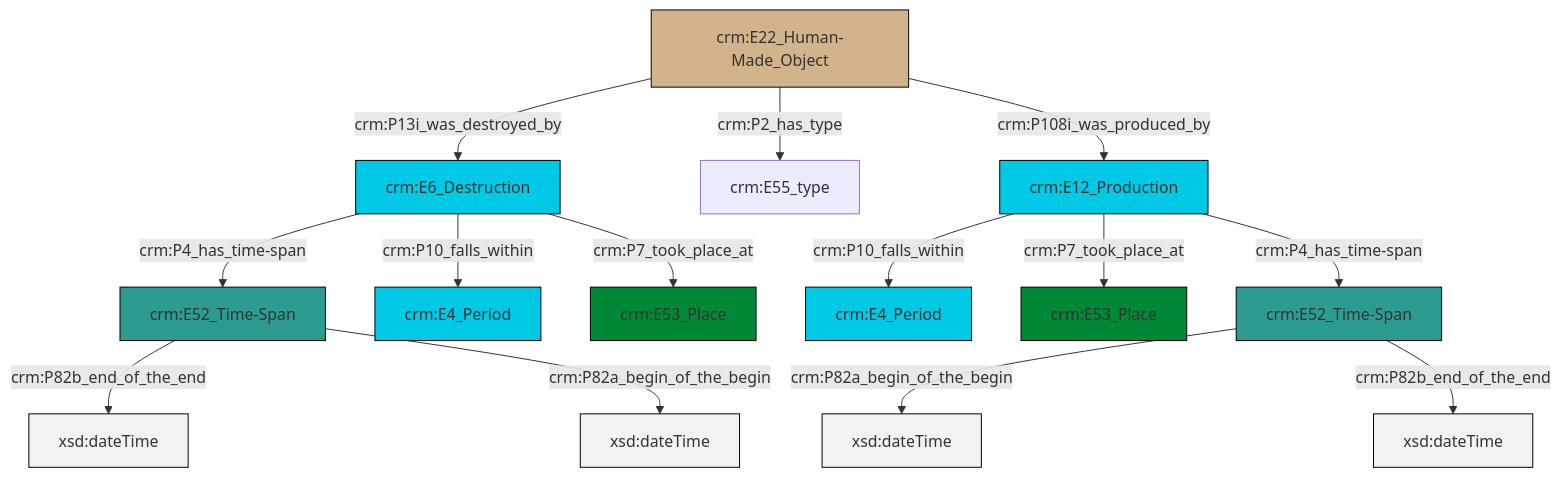
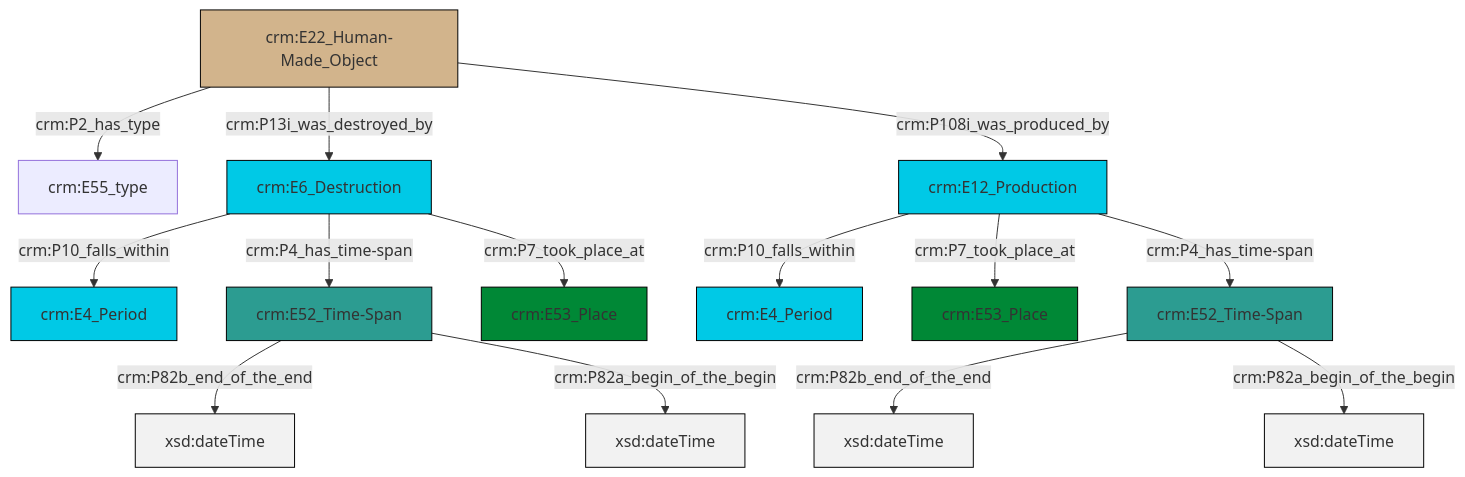
One commit to swiss-art-research-net/reference-data-models changed the diagram in et/artworkCSV/ttl/mmd/Artwork_Existence.ttl.mmd. Above: the diagram before and after it, drawn with Mermaid. The commit also changed 125 other files, not shown here.

```diff
--- a/et/artworkCSV/ttl/mmd/Artwork_Existence.ttl.mmd
+++ b/et/artworkCSV/ttl/mmd/Artwork_Existence.ttl.mmd
@@ -1,28 +1,28 @@
 graph TD
 classDef Literal fill:#f2f2f2,stroke:#000000;
 classDef CRM_Entity fill:#FFFFFF,stroke:#000000;
 classDef Temporal_Entity fill:#00C9E6, stroke:#000000;
 classDef Type fill:#E18312, stroke:#000000;
 classDef Time-Span fill:#2C9C91, stroke:#000000;
 classDef Appellation fill:#FFEB7F, stroke:#000000;
 classDef Place fill:#008836, stroke:#000000;
 classDef Persistent_Item fill:#B266B2, stroke:#000000;
 classDef Conceptual_Object fill:#FFD700, stroke:#000000;
 classDef Physical_Thing fill:#D2B48C, stroke:#000000;
 classDef Actor fill:#f58aad, stroke:#000000;
 classDef PC_Classes fill:#4ce600, stroke:#000000;
 classDef Multi fill:#cccccc,stroke:#000000;
 
-0["crm:E22_Human-Made_Object"]:::Physical_Thing -->|crm:P13i_was_destroyed_by| 1["crm:E6_Destruction"]:::Temporal_Entity
-1["crm:E6_Destruction"]:::Temporal_Entity -->|crm:P4_has_time-span| 2["crm:E52_Time-Span"]:::Time-Span
-0["crm:E22_Human-Made_Object"]:::Physical_Thing -->|crm:P2_has_type| 5["crm:E55_type"]:::Default
-2["crm:E52_Time-Span"]:::Time-Span -->|crm:P82b_end_of_the_end| 7[xsd:dateTime]:::Literal
-8["crm:E12_Production"]:::Temporal_Entity -->|crm:P10_falls_within| 9["crm:E4_Period"]:::Temporal_Entity
-8["crm:E12_Production"]:::Temporal_Entity -->|crm:P7_took_place_at| 3["crm:E53_Place"]:::Place
-14["crm:E52_Time-Span"]:::Time-Span -->|crm:P82a_begin_of_the_begin| 15[xsd:dateTime]:::Literal
-1["crm:E6_Destruction"]:::Temporal_Entity -->|crm:P10_falls_within| 11["crm:E4_Period"]:::Temporal_Entity
-1["crm:E6_Destruction"]:::Temporal_Entity -->|crm:P7_took_place_at| 16["crm:E53_Place"]:::Place
-0["crm:E22_Human-Made_Object"]:::Physical_Thing -->|crm:P108i_was_produced_by| 8["crm:E12_Production"]:::Temporal_Entity
-2["crm:E52_Time-Span"]:::Time-Span -->|crm:P82a_begin_of_the_begin| 18[xsd:dateTime]:::Literal
-8["crm:E12_Production"]:::Temporal_Entity -->|crm:P4_has_time-span| 14["crm:E52_Time-Span"]:::Time-Span
-14["crm:E52_Time-Span"]:::Time-Span -->|crm:P82b_end_of_the_end| 22[xsd:dateTime]:::Literal
+4["crm:E12_Production"]:::Temporal_Entity -->|crm:P10_falls_within| 6["crm:E4_Period"]:::Temporal_Entity
+7["crm:E22_Human-Made_Object"]:::Physical_Thing -->|crm:P2_has_type| 8["crm:E55_type"]:::Default
+7["crm:E22_Human-Made_Object"]:::Physical_Thing -->|crm:P13i_was_destroyed_by| 9["crm:E6_Destruction"]:::Temporal_Entity
+9["crm:E6_Destruction"]:::Temporal_Entity -->|crm:P10_falls_within| 10["crm:E4_Period"]:::Temporal_Entity
+9["crm:E6_Destruction"]:::Temporal_Entity -->|crm:P4_has_time-span| 13["crm:E52_Time-Span"]:::Time-Span
+9["crm:E6_Destruction"]:::Temporal_Entity -->|crm:P7_took_place_at| 2["crm:E53_Place"]:::Place
+4["crm:E12_Production"]:::Temporal_Entity -->|crm:P7_took_place_at| 11["crm:E53_Place"]:::Place
+7["crm:E22_Human-Made_Object"]:::Physical_Thing -->|crm:P108i_was_produced_by| 4["crm:E12_Production"]:::Temporal_Entity
+0["crm:E52_Time-Span"]:::Time-Span -->|crm:P82b_end_of_the_end| 20[xsd:dateTime]:::Literal
+4["crm:E12_Production"]:::Temporal_Entity -->|crm:P4_has_time-span| 0["crm:E52_Time-Span"]:::Time-Span
+13["crm:E52_Time-Span"]:::Time-Span -->|crm:P82b_end_of_the_end| 21[xsd:dateTime]:::Literal
+0["crm:E52_Time-Span"]:::Time-Span -->|crm:P82a_begin_of_the_begin| 22[xsd:dateTime]:::Literal
+13["crm:E52_Time-Span"]:::Time-Span -->|crm:P82a_begin_of_the_begin| 23[xsd:dateTime]:::Literal
```
